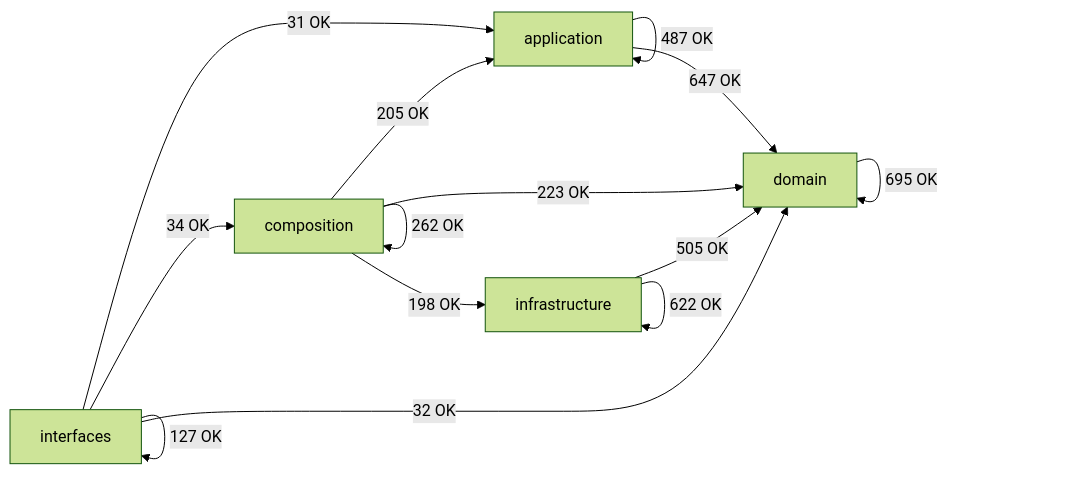
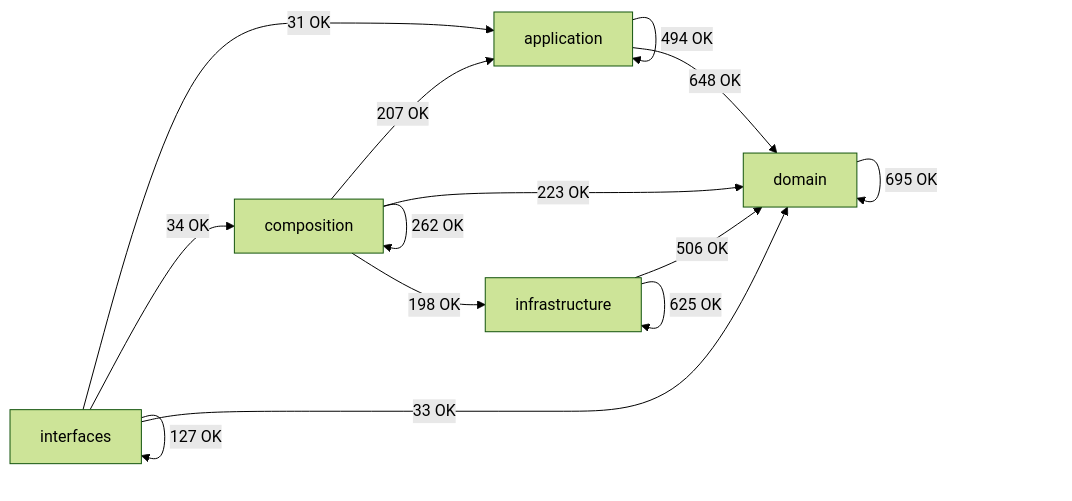
Before and after one commit to SatoryKono/BioactivityDataAcquisition: the diagram in docs/02-architecture/generated/module-dependency-map.md, drawn with Mermaid (forest theme). The commit also changed other lines of this file and 10 other files, not shown here.

First line of the commit message:
fix: resolve architecture config and doc drift test failures

````diff
--- a/docs/02-architecture/generated/module-dependency-map.md
+++ b/docs/02-architecture/generated/module-dependency-map.md
@@ -16,21 +16,21 @@
 ```mermaid
 flowchart LR
     domain[domain]
     application[application]
     infrastructure[infrastructure]
     composition[composition]
     interfaces[interfaces]
-    application -->|487 OK| application
-    application -->|647 OK| domain
-    composition -->|205 OK| application
+    application -->|494 OK| application
+    application -->|648 OK| domain
+    composition -->|207 OK| application
     composition -->|262 OK| composition
     composition -->|223 OK| domain
     composition -->|198 OK| infrastructure
     domain -->|695 OK| domain
-    infrastructure -->|505 OK| domain
-    infrastructure -->|622 OK| infrastructure
+    infrastructure -->|506 OK| domain
+    infrastructure -->|625 OK| infrastructure
     interfaces -->|31 OK| application
     interfaces -->|34 OK| composition
-    interfaces -->|32 OK| domain
+    interfaces -->|33 OK| domain
     interfaces -->|127 OK| interfaces
 ```
````
